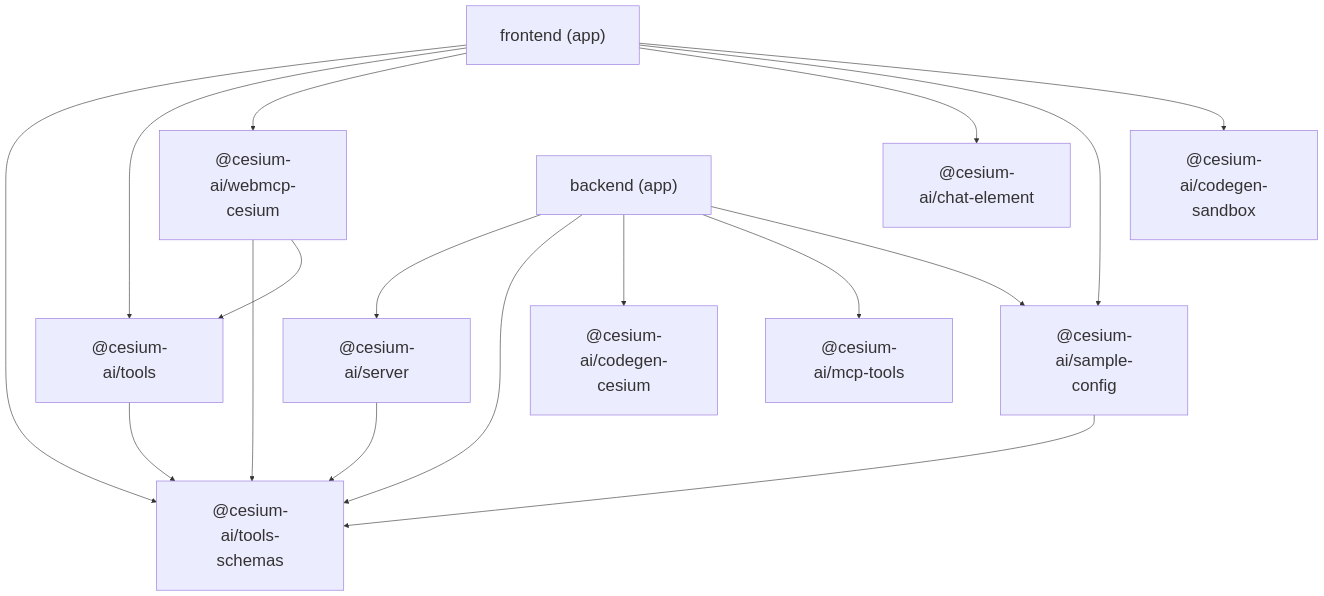
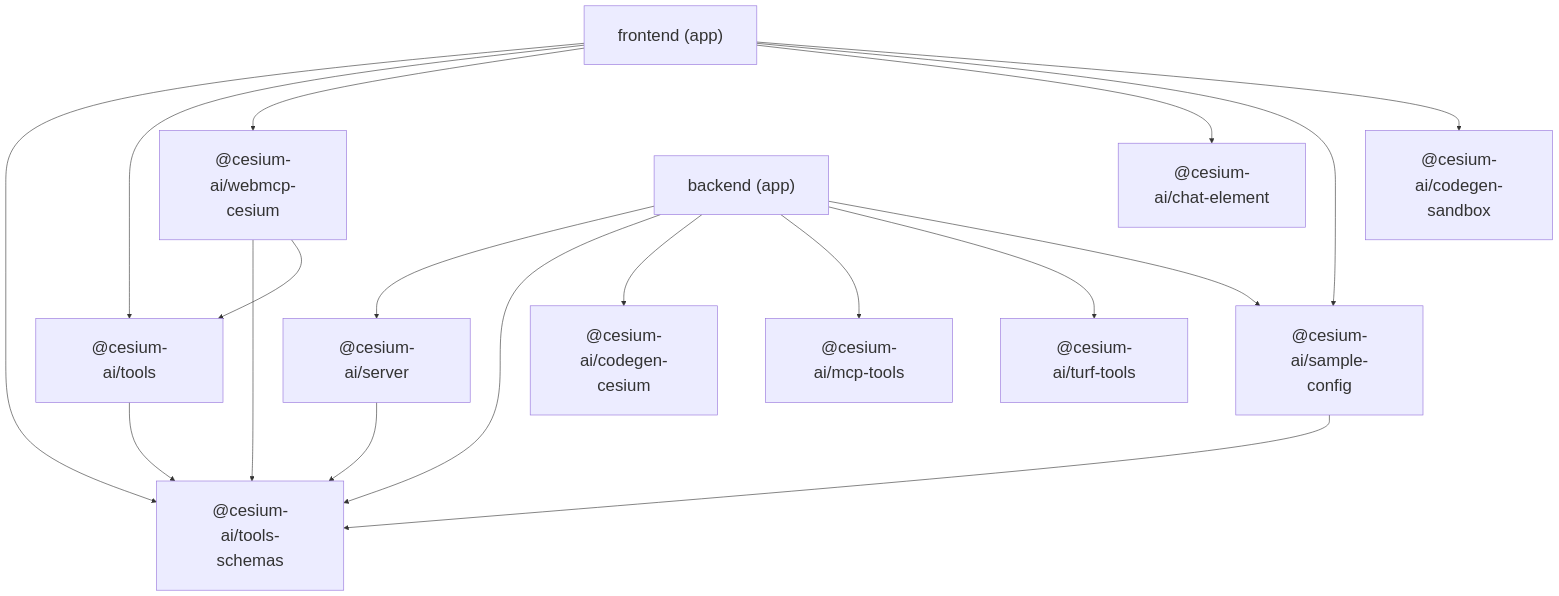
The diagram in docs/packages/index.md (CesiumGS/cesiumjs-ai-starter-app), drawn with Mermaid before and after one commit. The commit also changed other lines of this file and 49 other files, not shown here.

````diff
--- a/docs/packages/index.md
+++ b/docs/packages/index.md
@@ -29,32 +30,34 @@
 ```mermaid
 %%{init: {"themeVariables": {"fontSize": "28px"}, "flowchart": {"nodeSpacing": 80, "rankSpacing": 110, "padding": 28}}}%%
 flowchart TD
     tools_schemas["@cesium-ai/tools-schemas"]
     tools["@cesium-ai/tools"]
     webmcp["@cesium-ai/webmcp-cesium"]
     codegen["@cesium-ai/codegen-cesium"]
     sandbox["@cesium-ai/codegen-sandbox"]
     mcp["@cesium-ai/mcp-tools"]
+    turf["@cesium-ai/turf-tools"]
     server["@cesium-ai/server"]
     chatel["@cesium-ai/chat-element"]
     shared["@cesium-ai/sample-config"]
     backend["backend (app)"]
     frontend["frontend (app)"]
 
     backend --> server
     backend --> tools_schemas
     backend --> codegen
     backend --> mcp
+    backend --> turf
     backend --> shared
     frontend --> tools_schemas
     frontend --> tools
     frontend --> webmcp
     frontend --> chatel
     frontend --> shared
     frontend --> sandbox
     tools --> tools_schemas
     webmcp --> tools_schemas
     webmcp --> tools
     shared --> tools_schemas
     server --> tools_schemas
 ```
````
